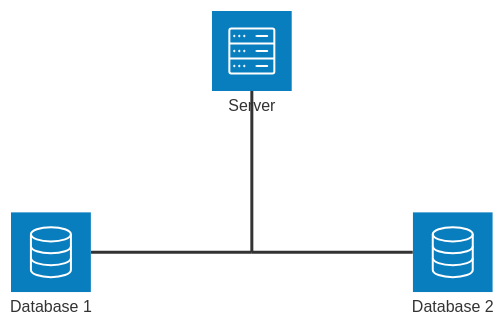
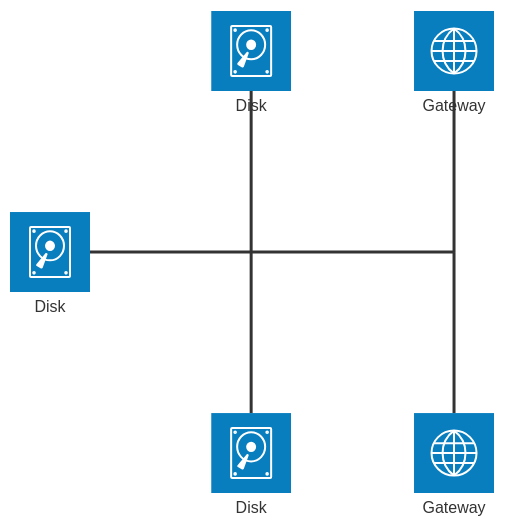
One commit to teachingai/full-stack-skills changed the ninth of 16 diagrams in skills/mermaid/examples/architecture.md. Above: the diagram before and after it, drawn with Mermaid. The commit also changed other lines of this file and 21 other files, not shown here.

First line of the commit message:
docs(mermaid): 更新架构、块、C4和类图示例文档

````diff
--- a/skills/mermaid/examples/architecture.md
+++ b/skills/mermaid/examples/architecture.md
@@ -111,11 +138,17 @@
 ```mermaid
 architecture-beta
-    service db1(database)[Database 1]
-    service db2(database)[Database 2]
-    service server(server)[Server]
-    junction j1
+    service left_disk(disk)[Disk]
+    service top_disk(disk)[Disk]
+    service bottom_disk(disk)[Disk]
+    service top_gateway(internet)[Gateway]
+    service bottom_gateway(internet)[Gateway]
+    junction junctionCenter
+    junction junctionRight
 
-    server:B -- T:j1
-    j1:L -- R:db1
-    j1:R -- L:db2
+    left_disk:R -- L:junctionCenter
+    top_disk:B -- T:junctionCenter
+    bottom_disk:T -- B:junctionCenter
+    junctionCenter:R -- L:junctionRight
+    top_gateway:B -- T:junctionRight
+    bottom_gateway:T -- B:junctionRight
 ```
````
